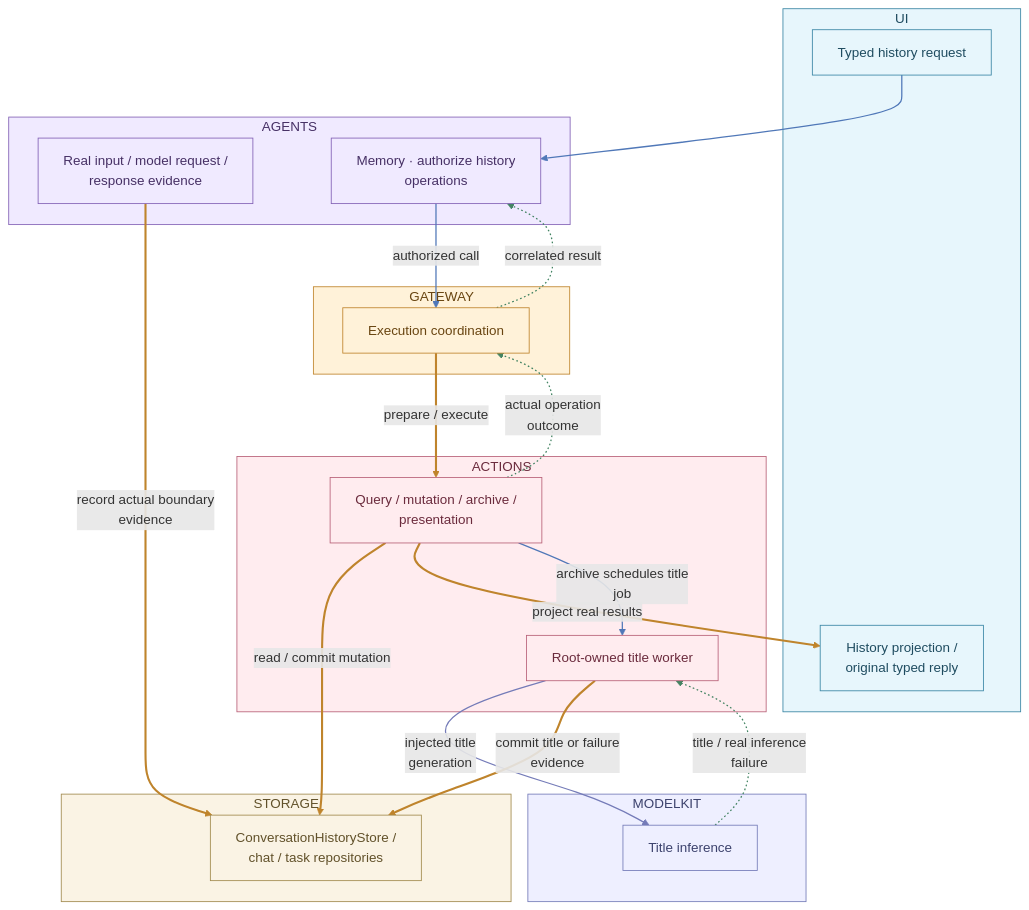
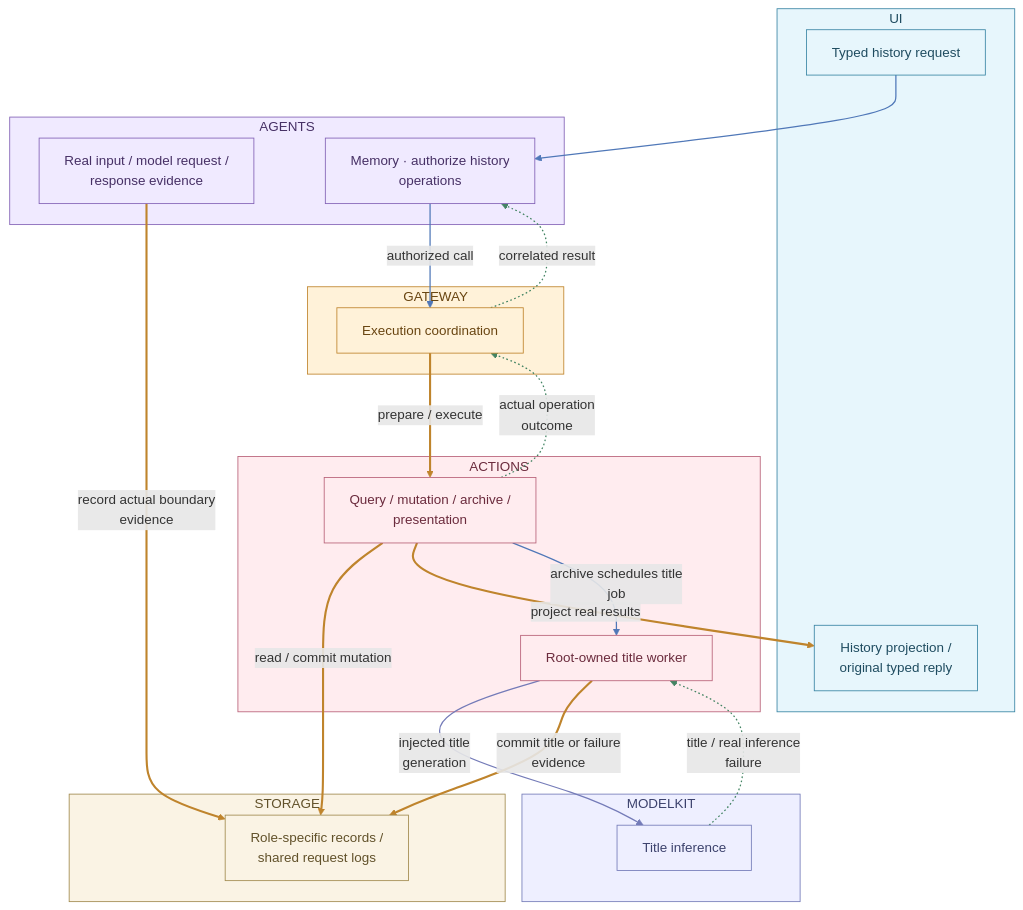
Before and after one commit to devilyouwei/MobileHarness: diagram 23 of 26 in MobileHarness/README.md, drawn with Mermaid. The commit also changed other lines of this file and 401 other files, not shown here.

````diff
--- a/MobileHarness/README.md
+++ b/MobileHarness/README.md
@@ -1416,60 +1412,60 @@
 ```mermaid
 flowchart TB
     subgraph Interaction["UI"]
         UI["Typed history request"]:::ui
         View["History projection /<br/>original typed reply"]:::ui
     end
     style Interaction fill:#e7f6fc,stroke:#3985a4,color:#1f4c60
     subgraph Cognition["AGENTS"]
         Decision["Real input / model request /<br/>response evidence"]:::agent
         A["Memory · authorize history<br/>operations"]:::agent
     end
     style Cognition fill:#f0eaff,stroke:#8261b5,color:#463065
     subgraph Coordination["GATEWAY"]
         G["Execution coordination"]:::gateway
     end
     style Coordination fill:#fff2d9,stroke:#bf842c,color:#694511
     subgraph Execution["ACTIONS"]
         X["Query / mutation / archive /<br/>presentation"]:::action
         Title["Root-owned title worker"]:::action
     end
     style Execution fill:#ffecef,stroke:#b86178,color:#6b2b3d
     subgraph Persistence["STORAGE"]
-        Store["ConversationHistoryStore /<br/>chat / task repositories"]:::storage
+        Store["Role-specific records /<br/>shared request logs"]:::storage
     end
     style Persistence fill:#faf3e4,stroke:#a18a4e,color:#61512a
     subgraph Inference["MODELKIT"]
         M["Title inference"]:::model
     end
     style Inference fill:#eeefff,stroke:#747bb8,color:#3c426d
     Decision ==>|"record actual boundary<br/>evidence"| Store
     UI --> A
     A -->|"authorized call"| G
     G ==>|"prepare / execute"| X
     X ==>|"read / commit mutation"| Store
     X ==>|"project real results"| View
     X -->|"archive schedules title<br/>job"| Title
     Title -->|"injected title<br/>generation"| M
     M -.->|"title / real inference<br/>failure"| Title
     Title ==>|"commit title or failure<br/>evidence"| Store
     X -.->|"actual operation<br/>outcome"| G
     G -.->|"correlated result"| A
     classDef action fill:#ffecef,stroke:#b86178,color:#6b2b3d
     classDef agent fill:#f0eaff,stroke:#8261b5,color:#463065
     classDef gateway fill:#fff2d9,stroke:#bf842c,color:#694511
     classDef model fill:#eeefff,stroke:#747bb8,color:#3c426d
     classDef storage fill:#faf3e4,stroke:#a18a4e,color:#61512a
     classDef ui fill:#e7f6fc,stroke:#3985a4,color:#1f4c60
     linkStyle 0 stroke:#bf842c,stroke-width:2.5px
     linkStyle 1 stroke:#5078b8,stroke-width:1.5px
     linkStyle 2 stroke:#5078b8,stroke-width:1.5px
     linkStyle 3 stroke:#bf842c,stroke-width:2.5px
     linkStyle 4 stroke:#bf842c,stroke-width:2.5px
     linkStyle 5 stroke:#bf842c,stroke-width:2.5px
     linkStyle 6 stroke:#5078b8,stroke-width:1.5px
     linkStyle 7 stroke:#747bb8,stroke-width:1.5px
     linkStyle 8 stroke:#438463,stroke-width:1.5px,stroke-dasharray:2 3
     linkStyle 9 stroke:#bf842c,stroke-width:2.5px
     linkStyle 10 stroke:#438463,stroke-width:1.5px,stroke-dasharray:2 3
     linkStyle 11 stroke:#438463,stroke-width:1.5px,stroke-dasharray:2 3
 ```
````
